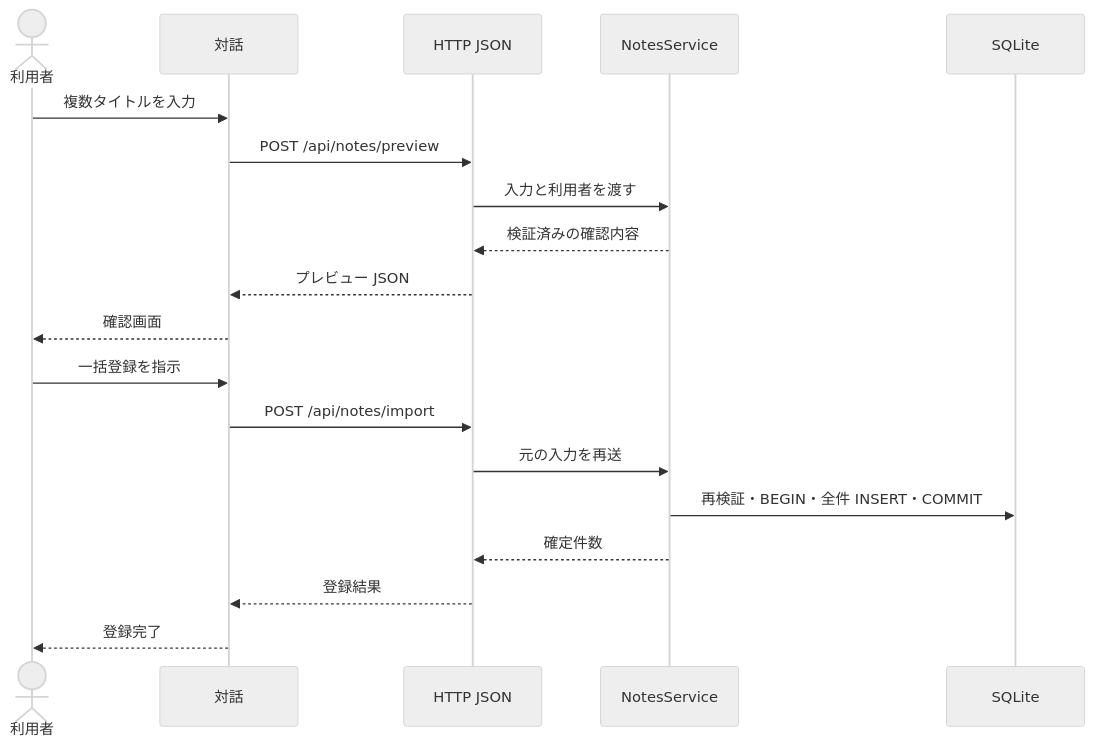
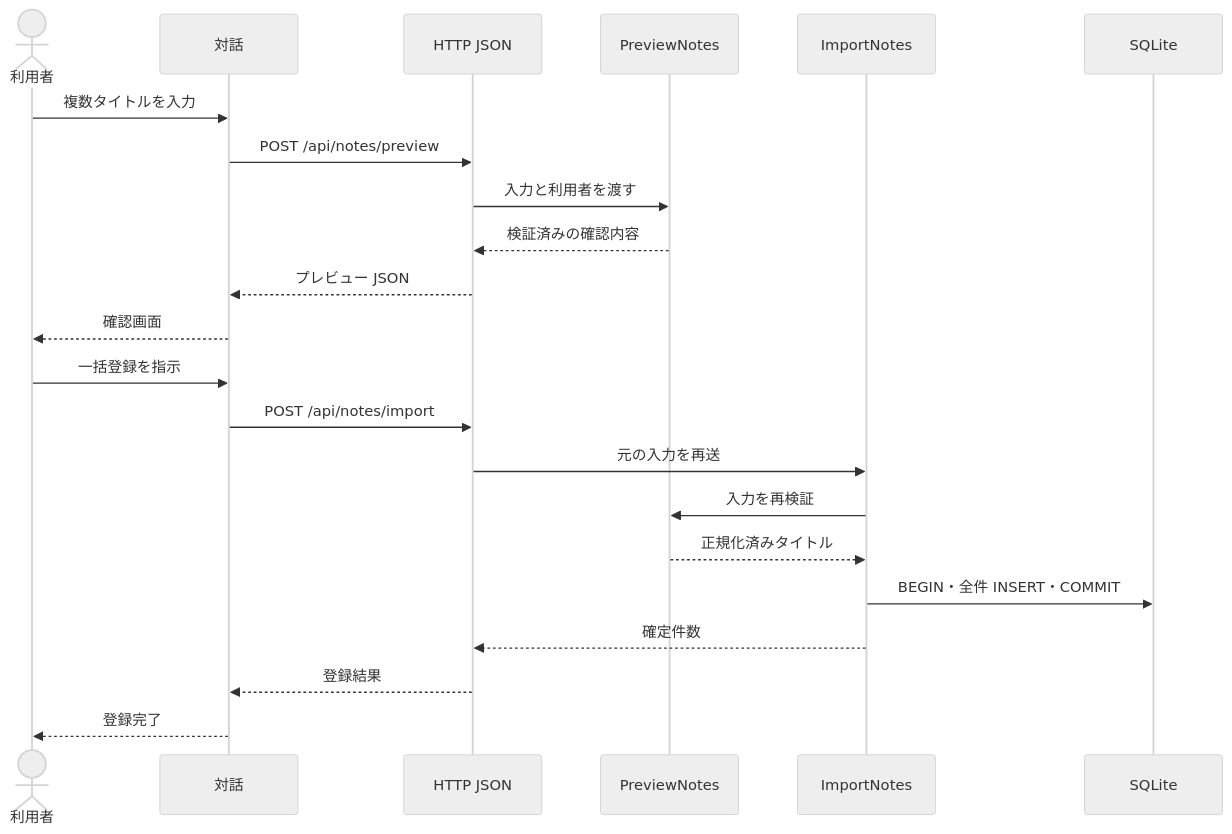
One commit to nuitsjp/aidd-project-template changed the diagram in react-dotnet-template/docs/design/UCP-2.md. Above: the diagram before and after it, drawn with Mermaid (neutral theme). The commit also changed other lines of this file and 17 other files, not shown here.

````diff
--- a/react-dotnet-template/docs/design/UCP-2.md
+++ b/react-dotnet-template/docs/design/UCP-2.md
@@ -13,21 +14,24 @@
 ```mermaid
 sequenceDiagram
   actor U as 利用者
   participant D as 対話
   participant H as HTTP JSON
-  participant S as NotesService
+  participant P as PreviewNotes
+  participant I as ImportNotes
   participant DB as SQLite
   U->>D: 複数タイトルを入力
   D->>H: POST /api/notes/preview
-  H->>S: 入力と利用者を渡す
-  S-->>H: 検証済みの確認内容
+  H->>P: 入力と利用者を渡す
+  P-->>H: 検証済みの確認内容
   H-->>D: プレビュー JSON
   D-->>U: 確認画面
   U->>D: 一括登録を指示
   D->>H: POST /api/notes/import
-  H->>S: 元の入力を再送
-  S->>DB: 再検証・BEGIN・全件 INSERT・COMMIT
-  S-->>H: 確定件数
+  H->>I: 元の入力を再送
+  I->>P: 入力を再検証
+  P-->>I: 正規化済みタイトル
+  I->>DB: BEGIN・全件 INSERT・COMMIT
+  I-->>H: 確定件数
   H-->>D: 登録結果
   D-->>U: 登録完了
 ```
````
